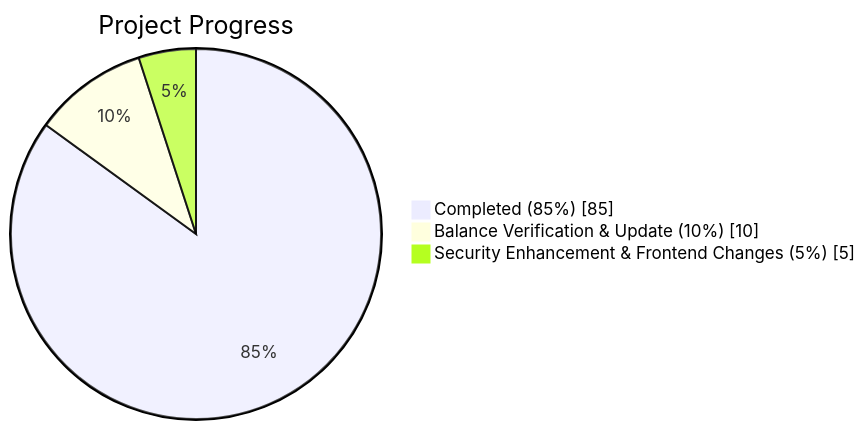
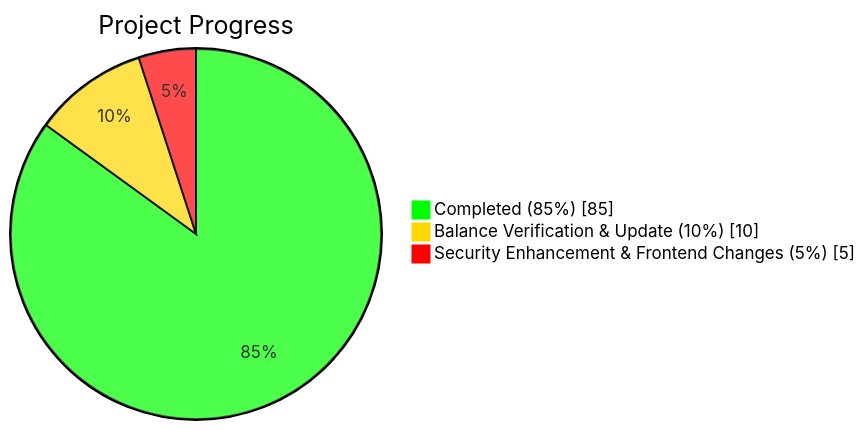
Before and after one commit to anm1234/IS-436-System-Structure-and-Analysis: the diagram in README.md, drawn with Mermaid.

Commit message:
Add project progress diagram to README
Added a mermaid diagram to visualize project progress.

````diff
--- a/README.md
+++ b/README.md
@@ -66,7 +66,8 @@
 ```mermaid
+%%{init: {'themeVariables': { 'pie1': '#00FF00', 'pie2': '#FFD700', 'pie3': '#FF0000'}}}%%
 pie showData
     title Project Progress
     "Completed (85%)" : 85
     "Balance Verification & Update (10%)" : 10
     "Security Enhancement & Frontend Changes (5%)" : 5
 ```
````
